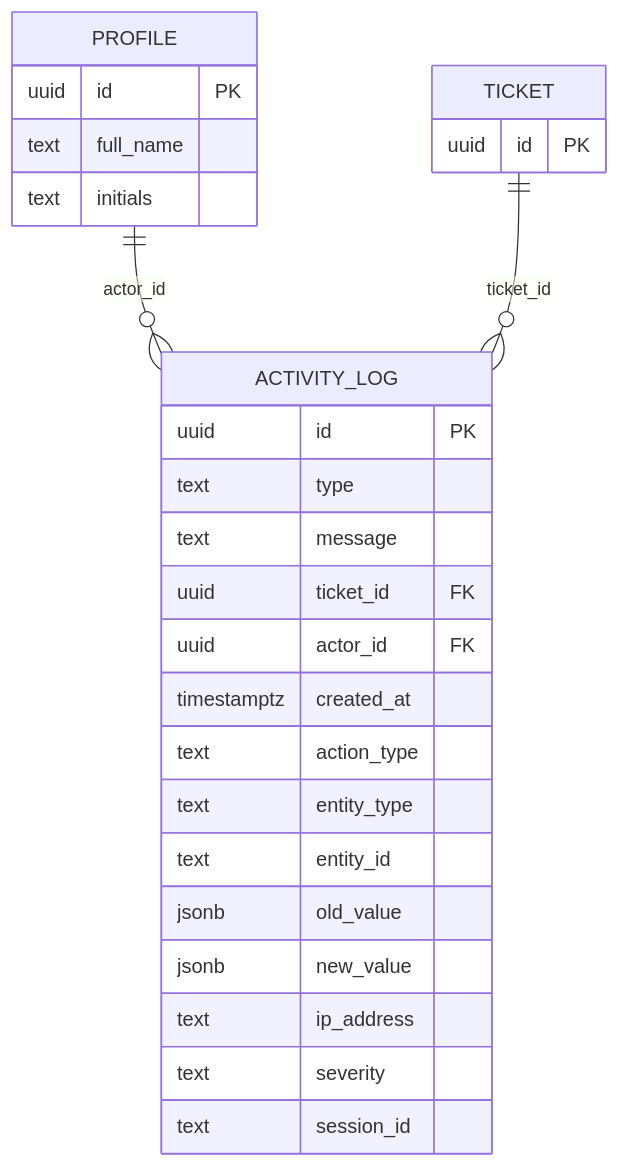
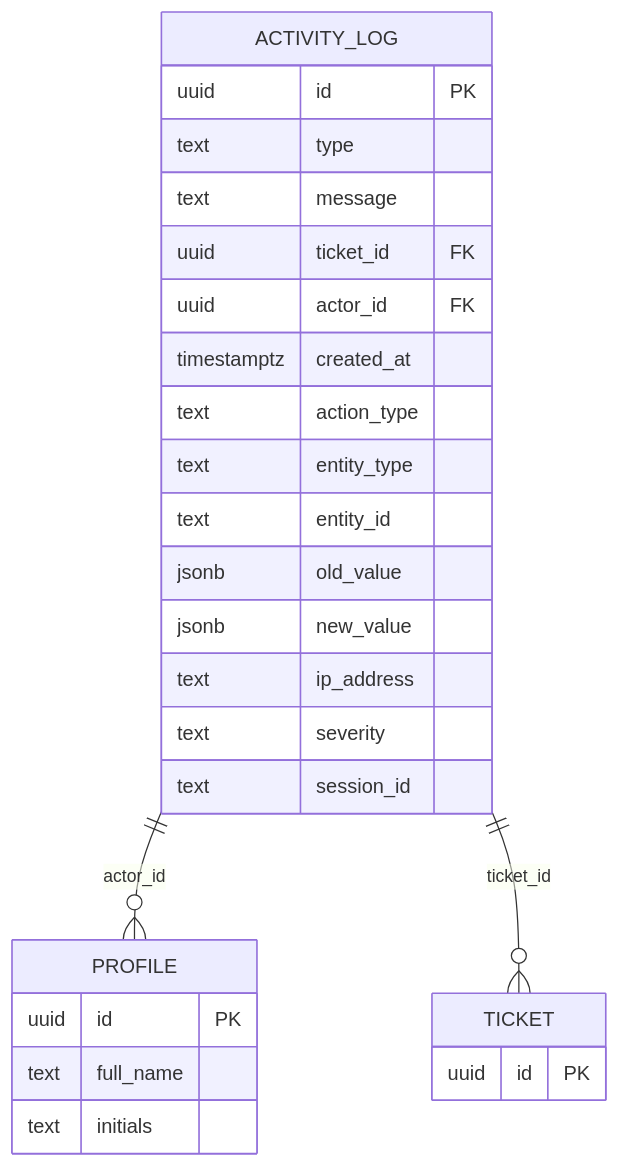
One commit to gastaldellomarco/pcReady changed the third of 12 diagrams in .qoder/repowiki/en/content/Administrative Features/Audit Logging System.md. Above: the diagram before and after it, drawn with Mermaid. The commit also changed other lines of this file and 4 other files, not shown here.

````diff
--- a/.qoder/repowiki/en/content/Administrative Features/Audit Logging System.md
+++ b/.qoder/repowiki/en/content/Administrative Features/Audit Logging System.md
@@ -151,29 +206,29 @@
 ```mermaid
 erDiagram
 ACTIVITY_LOG {
 uuid id PK
 text type
 text message
 uuid ticket_id FK
 uuid actor_id FK
 timestamptz created_at
 text action_type
 text entity_type
 text entity_id
 jsonb old_value
 jsonb new_value
 text ip_address
 text severity
 text session_id
 }
 PROFILE {
 uuid id PK
 text full_name
 text initials
 }
 TICKET {
 uuid id PK
 }
-PROFILE ||--o{ ACTIVITY_LOG : "actor_id"
-TICKET ||--o{ ACTIVITY_LOG : "ticket_id"
+ACTIVITY_LOG ||--o{ PROFILE : "actor_id"
+ACTIVITY_LOG ||--o{ TICKET : "ticket_id"
 ```
````
